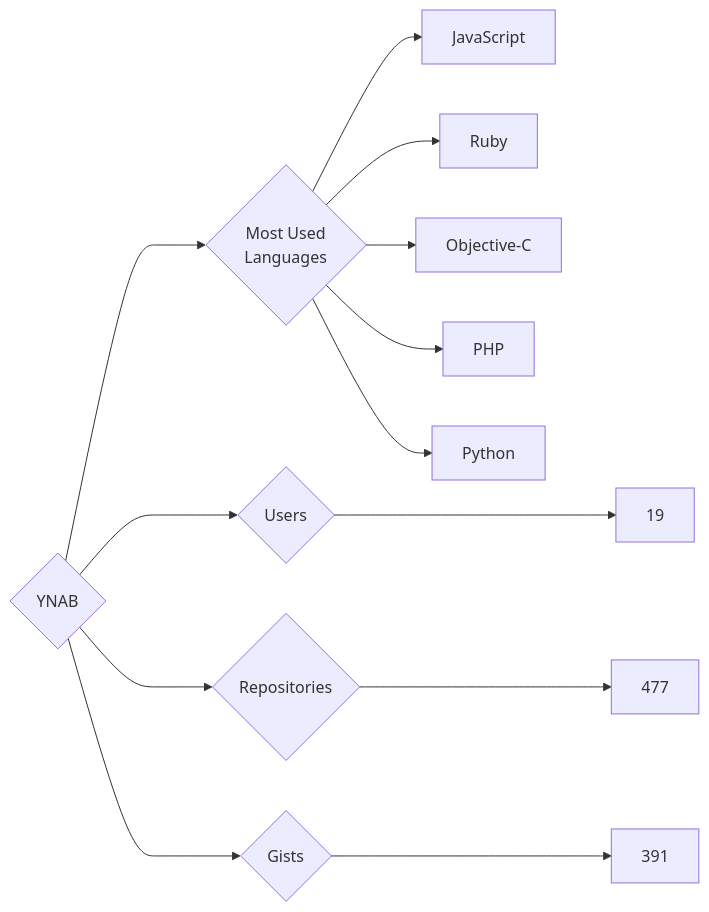
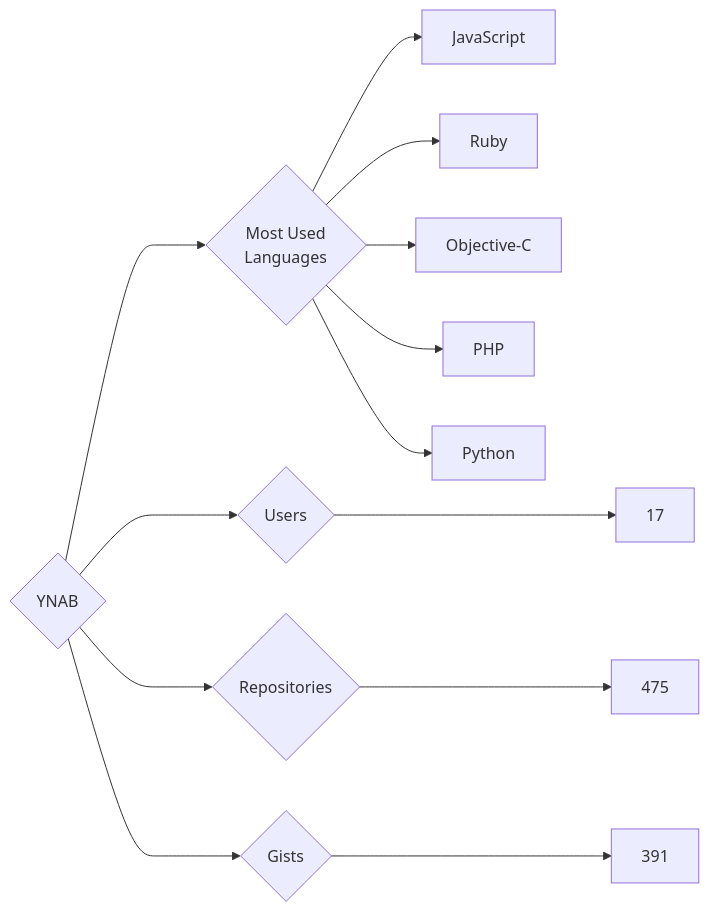
The diagram in targets/YNAB/README.md (trickest/insiders), drawn with Mermaid before and after one commit. The commit also changed 895 other files, not shown here.

````diff
--- a/targets/YNAB/README.md
+++ b/targets/YNAB/README.md
@@ -3,13 +3,13 @@
 ```mermaid
 graph LR
 COMPANY_NAME{YNAB}
-COMPANY_NAME ---> U{Users} ---> UN[19]
-COMPANY_NAME ---> R{Repositories} ---> RN[477]
+COMPANY_NAME ---> U{Users} ---> UN[17]
+COMPANY_NAME ---> R{Repositories} ---> RN[475]
 COMPANY_NAME ---> G{Gists} ---> GN[391]
 COMPANY_NAME ---> ML{Most Used<br>Languages}
 ML --> JavaScript[JavaScript]
 ML --> Ruby[Ruby]
 ML --> Objective-C[Objective-C]
 ML --> PHP[PHP]
 ML --> Python[Python]
 ```
````
